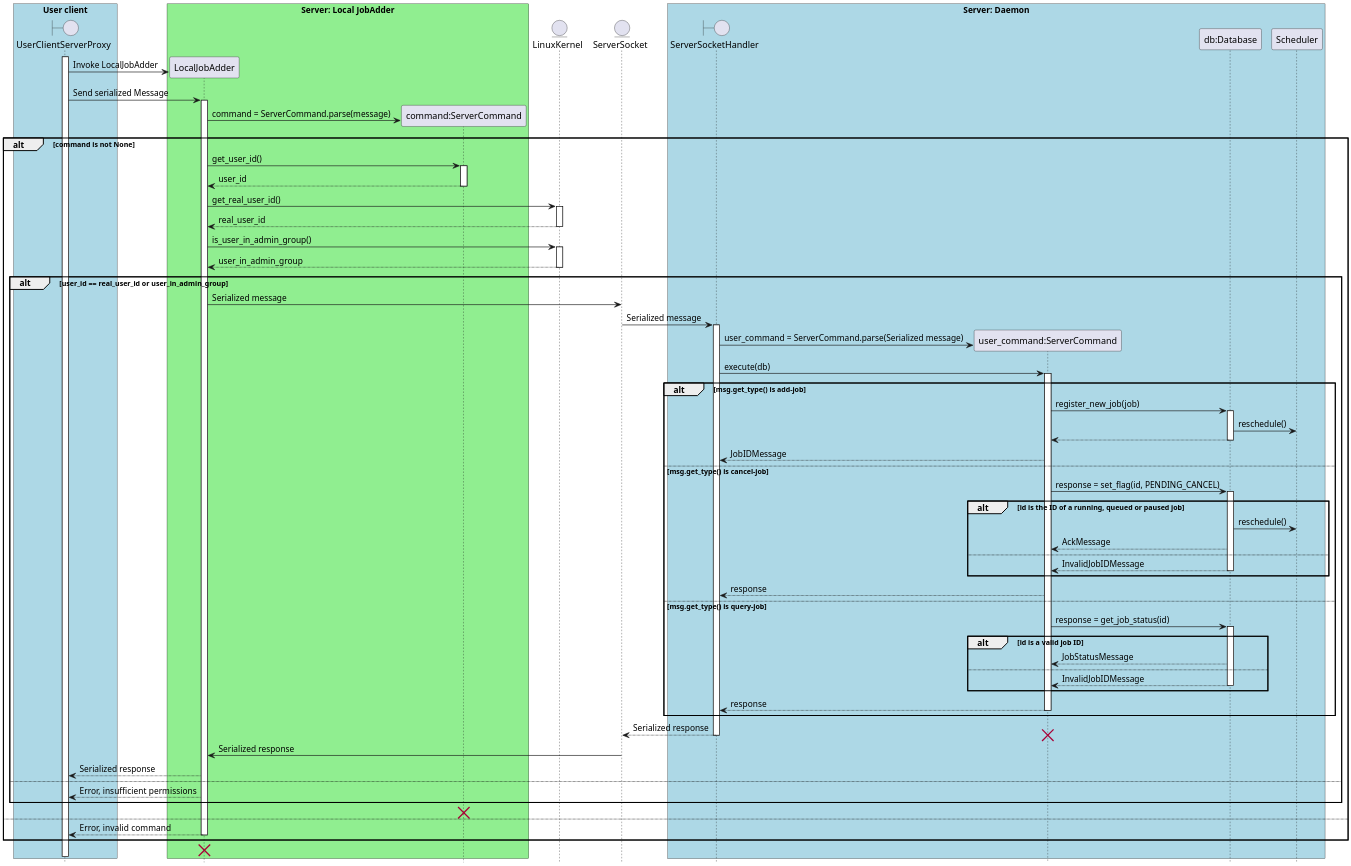
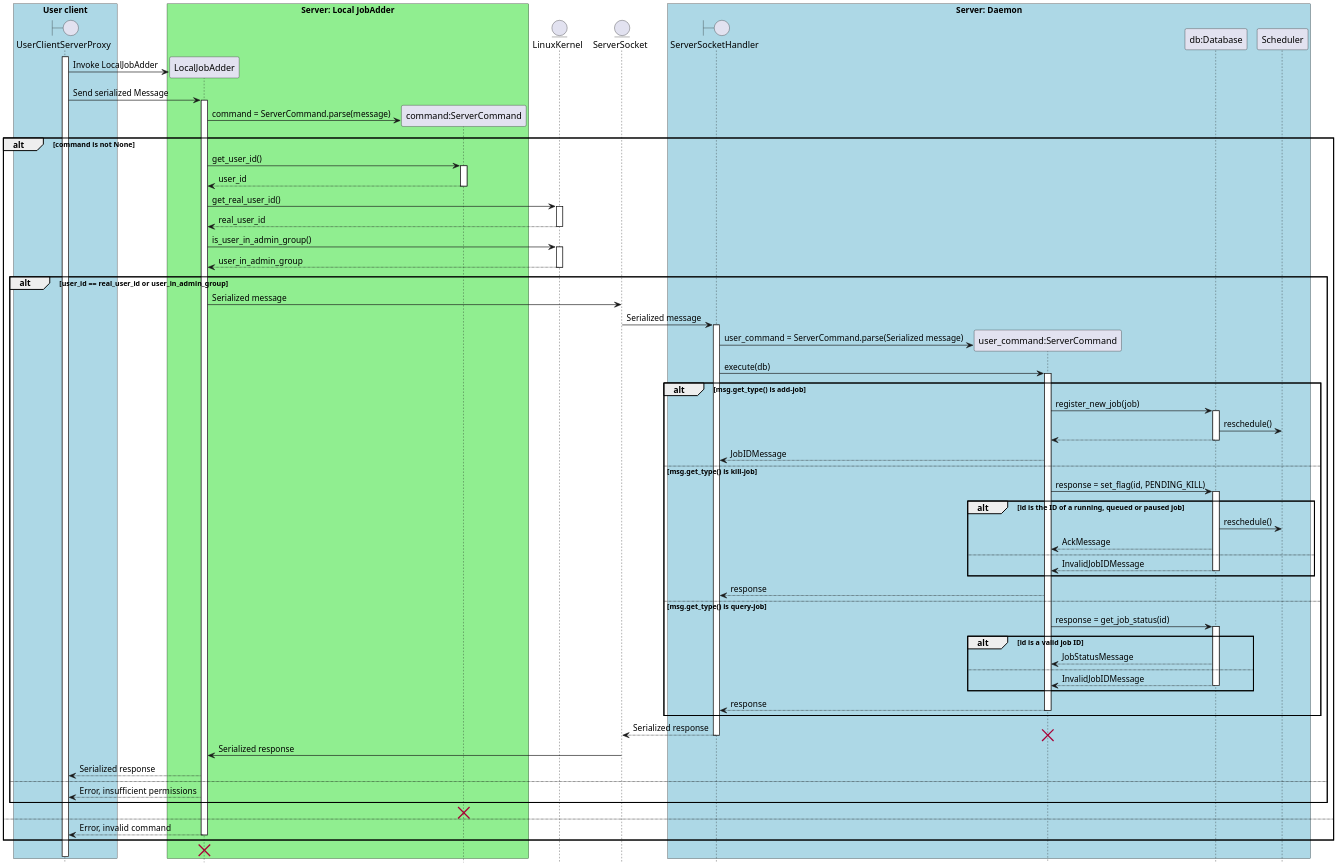
The diagram in design/sequence/server-local-request.puml (DistributedTaskScheduling/documentation), drawn with PlantUML before and after one commit.

Commit message:
server-local-request: rename cancel to kill

```diff
--- a/design/sequence/server-local-request.puml
+++ b/design/sequence/server-local-request.puml
@@ -1,90 +1,90 @@
 @startuml
 scale 2
 
 hide footbox
 
 box "User client" #LightBlue
     boundary UserClientServerProxy
 end box
 
 box "Server: Local JobAdder" #LightGreen
     participant LocalJobAdder
     participant "command:ServerCommand"
 end box
 
 entity LinuxKernel
 
 entity ServerSocket
 
 box "Server: Daemon" #LightBlue
     boundary ServerSocketHandler
     participant "user_command:ServerCommand"
     participant "db:Database"
     participant Scheduler
 end box
 
 activate UserClientServerProxy
 
 ' Call Server
 create LocalJobAdder
 UserClientServerProxy -> LocalJobAdder ** : Invoke LocalJobAdder
 
 UserClientServerProxy -> LocalJobAdder ++ : Send serialized Message
 
 ' Parse Message
 LocalJobAdder -> "command:ServerCommand" ** : command = ServerCommand.parse(message)
 
 alt #transparent command is not None
     LocalJobAdder -> "command:ServerCommand" ++ : get_user_id()
     return user_id
     LocalJobAdder -> LinuxKernel ++ : get_real_user_id()
     return real_user_id
     LocalJobAdder -> LinuxKernel ++ : is_user_in_admin_group()
     return user_in_admin_group
 
     alt #transparent user_id == real_user_id or user_in_admin_group
         LocalJobAdder -> ServerSocket : Serialized message
         ServerSocket -> ServerSocketHandler ++ : Serialized message
 
         'Inside Server
         ServerSocketHandler -> "user_command:ServerCommand" ** : user_command = ServerCommand.parse(Serialized message)
         ServerSocketHandler -> "user_command:ServerCommand" ++ : execute(db)
 
         alt msg.get_type() is add-job
             "user_command:ServerCommand" -> "db:Database" ++ : register_new_job(job)
             "db:Database" -> Scheduler : reschedule()
             return
             "user_command:ServerCommand" --> ServerSocketHandler : JobIDMessage
-        else msg.get_type() is cancel-job
-            "user_command:ServerCommand" -> "db:Database" ++ : response = set_flag(id, PENDING_CANCEL)
+        else msg.get_type() is kill-job
+            "user_command:ServerCommand" -> "db:Database" ++ : response = set_flag(id, PENDING_KILL)
             alt id is the ID of a running, queued or paused job
                 "db:Database" -> Scheduler : reschedule()
                 "db:Database" --> "user_command:ServerCommand" : AckMessage
             else
                 return InvalidJobIDMessage
             end
             "user_command:ServerCommand" --> ServerSocketHandler : response
         else msg.get_type() is query-job
             "user_command:ServerCommand" -> "db:Database" ++ : response = get_job_status(id)
             alt id is a valid job ID
                 "db:Database" --> "user_command:ServerCommand" : JobStatusMessage
             else
                 return InvalidJobIDMessage
             end
             return response
         end
 
         return Serialized response
         destroy "user_command:ServerCommand"
         ServerSocket -> LocalJobAdder : Serialized response
         LocalJobAdder --> UserClientServerProxy : Serialized response
     else
         LocalJobAdder --> UserClientServerProxy : Error, insufficient permissions
     end
     destroy "command:ServerCommand"
 else
     return Error, invalid command
 end
 destroy LocalJobAdder
 
 @enduml
```
